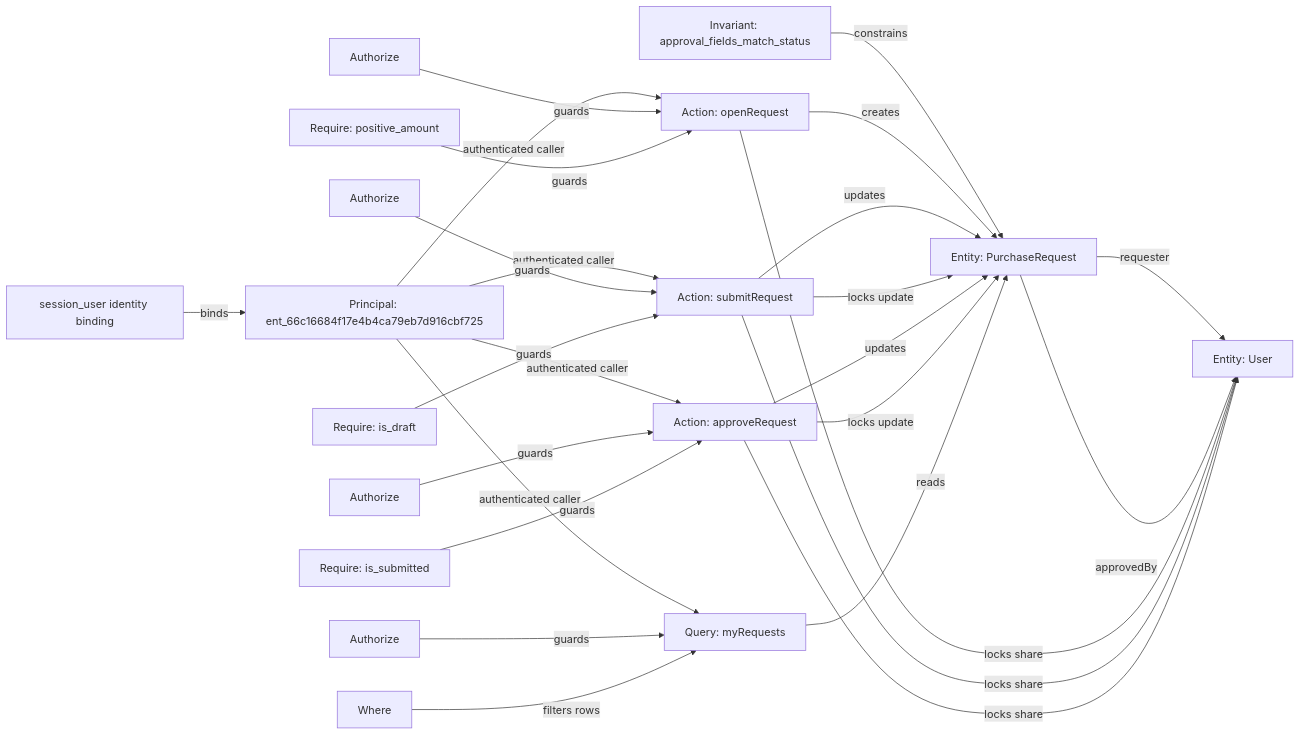
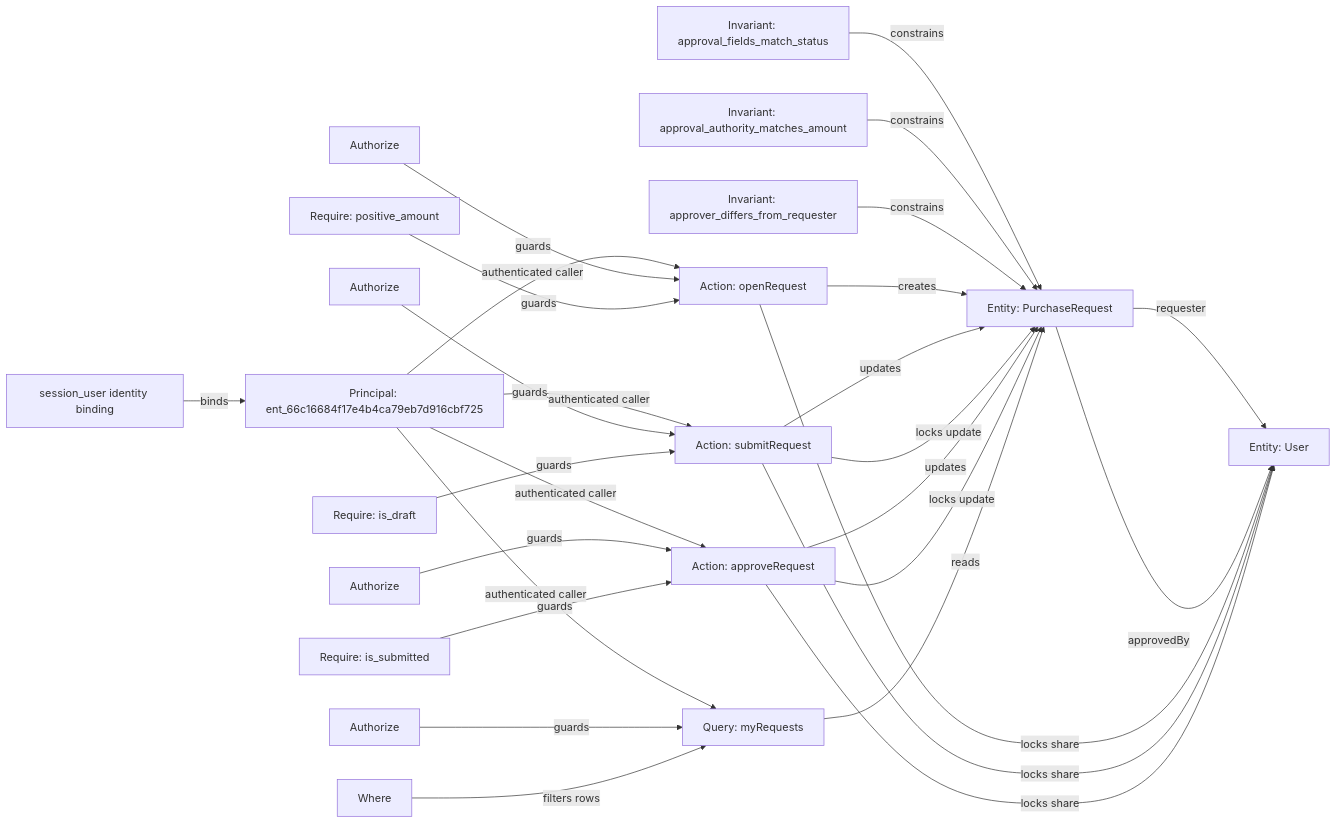
One commit to atlanticplatformgroup/ModelLang changed the diagram in generated/procurement/model.mmd. Above: the diagram before and after it, drawn with Mermaid. The commit also changed 17 other files, not shown here.

```diff
--- a/generated/procurement/model.mmd
+++ b/generated/procurement/model.mmd
@@ -1,34 +1,36 @@
 flowchart LR
   identity["session_user identity binding"]
   principal["Principal: ent_66c16684f17e4b4ca79eb7d916cbf725"]
   identity -->|binds| principal
   entity_ent_66c16684f17e4b4ca79eb7d916cbf725["Entity: User"]
   entity_ent_9bc680209327484c8e98f5f740bcc702["Entity: PurchaseRequest"]
   entity_ent_9bc680209327484c8e98f5f740bcc702 -->|requester| entity_ent_66c16684f17e4b4ca79eb7d916cbf725
   entity_ent_9bc680209327484c8e98f5f740bcc702 -->|approvedBy| entity_ent_66c16684f17e4b4ca79eb7d916cbf725
   invariant_PurchaseRequest_approval_fields_match_status["Invariant: approval_fields_match_status"] -->|constrains| entity_ent_9bc680209327484c8e98f5f740bcc702
+  invariant_PurchaseRequest_approval_authority_matches_amount["Invariant: approval_authority_matches_amount"] -->|constrains| entity_ent_9bc680209327484c8e98f5f740bcc702
+  invariant_PurchaseRequest_approver_differs_from_requester["Invariant: approver_differs_from_requester"] -->|constrains| entity_ent_9bc680209327484c8e98f5f740bcc702
   action_openRequest["Action: openRequest"]
   principal -->|authenticated caller| action_openRequest
   action_openRequest -->|creates| entity_ent_9bc680209327484c8e98f5f740bcc702
   authorize_openRequest["Authorize"] -->|guards| action_openRequest
   require_openRequest_positive_amount["Require: positive_amount"] -->|guards| action_openRequest
   action_openRequest -->|locks share| entity_ent_66c16684f17e4b4ca79eb7d916cbf725
   action_submitRequest["Action: submitRequest"]
   principal -->|authenticated caller| action_submitRequest
   action_submitRequest -->|updates| entity_ent_9bc680209327484c8e98f5f740bcc702
   authorize_submitRequest["Authorize"] -->|guards| action_submitRequest
   require_submitRequest_is_draft["Require: is_draft"] -->|guards| action_submitRequest
   action_submitRequest -->|locks share| entity_ent_66c16684f17e4b4ca79eb7d916cbf725
   action_submitRequest -->|locks update| entity_ent_9bc680209327484c8e98f5f740bcc702
   action_approveRequest["Action: approveRequest"]
   principal -->|authenticated caller| action_approveRequest
   action_approveRequest -->|updates| entity_ent_9bc680209327484c8e98f5f740bcc702
   authorize_approveRequest["Authorize"] -->|guards| action_approveRequest
   require_approveRequest_is_submitted["Require: is_submitted"] -->|guards| action_approveRequest
   action_approveRequest -->|locks share| entity_ent_66c16684f17e4b4ca79eb7d916cbf725
   action_approveRequest -->|locks update| entity_ent_9bc680209327484c8e98f5f740bcc702
   query_myRequests["Query: myRequests"]
   principal -->|authenticated caller| query_myRequests
   query_myRequests -->|reads| entity_ent_9bc680209327484c8e98f5f740bcc702
   authorize_myRequests["Authorize"] -->|guards| query_myRequests
   where_myRequests["Where"] -->|filters rows| query_myRequests
```
